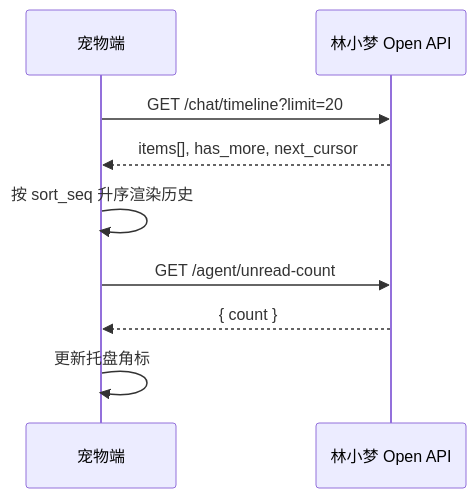
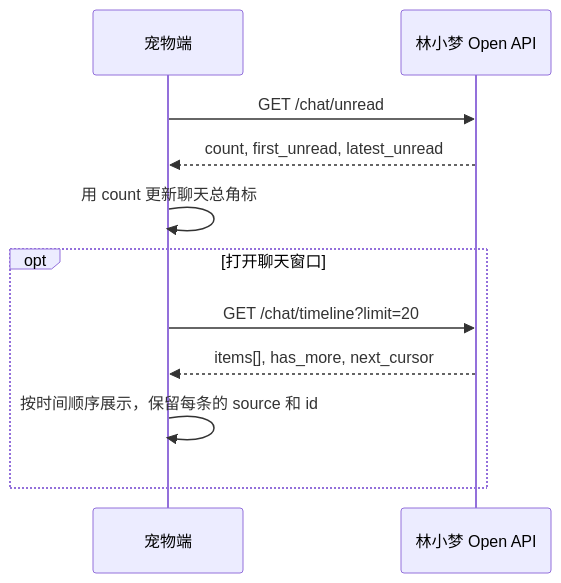
One commit to cong19920207-bit/lxm changed the second of 5 diagrams in docs/partner/林小梦-OpenAPI-宠物端接入指南.md. Above: the diagram before and after it, drawn with Mermaid. The commit also changed other lines of this file and 116 other files, not shown here.

````diff
--- a/docs/partner/林小梦-OpenAPI-宠物端接入指南.md
+++ b/docs/partner/林小梦-OpenAPI-宠物端接入指南.md
@@ -211,12 +228,14 @@
 ```mermaid
 sequenceDiagram
   participant Pet as 宠物端
   participant API as 林小梦 Open API
 
-  Pet->>API: GET /chat/timeline?limit=20
-  API-->>Pet: items[], has_more, next_cursor
-  Pet->>Pet: 按 sort_seq 升序渲染历史
-  Pet->>API: GET /agent/unread-count
-  API-->>Pet: { count }
-  Pet->>Pet: 更新托盘角标
+  Pet->>API: GET /chat/unread
+  API-->>Pet: count, first_unread, latest_unread
+  Pet->>Pet: 用 count 更新聊天总角标
+  opt 打开聊天窗口
+    Pet->>API: GET /chat/timeline?limit=20
+    API-->>Pet: items[], has_more, next_cursor
+    Pet->>Pet: 按时间顺序展示，保留每条的 source 和 id
+  end
 ```
````
